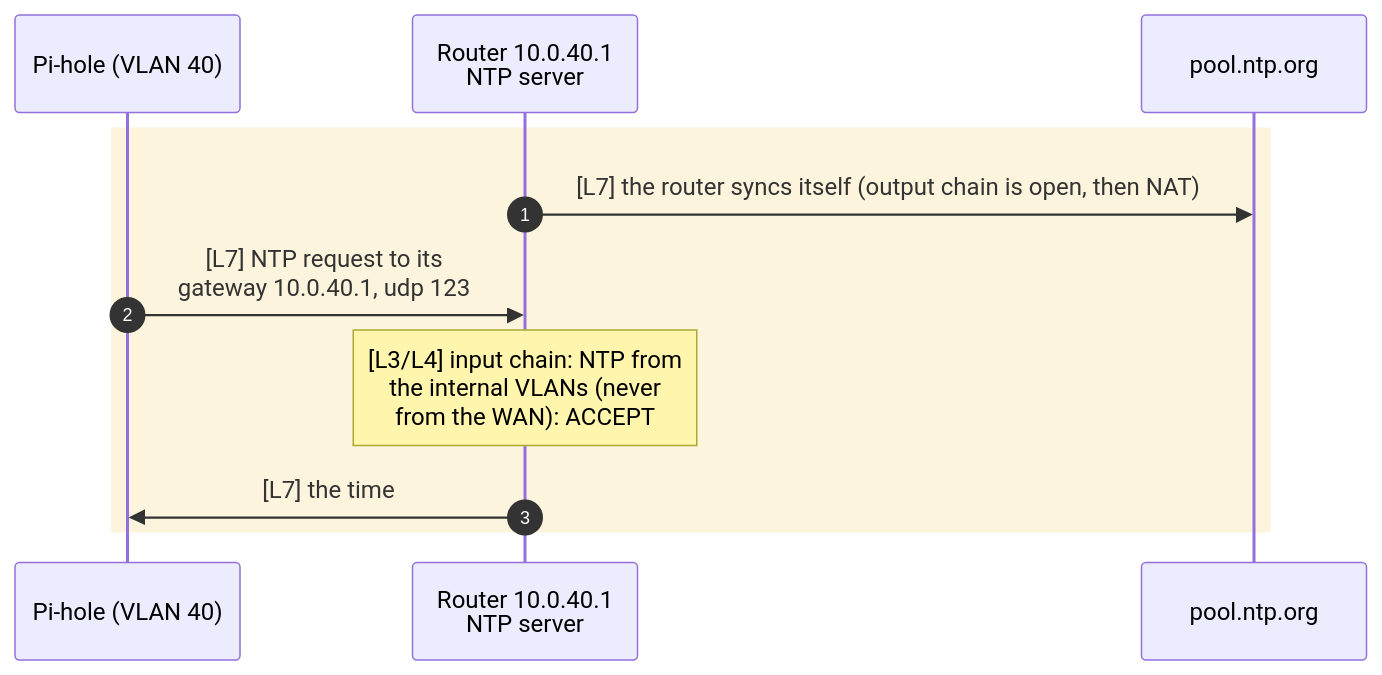
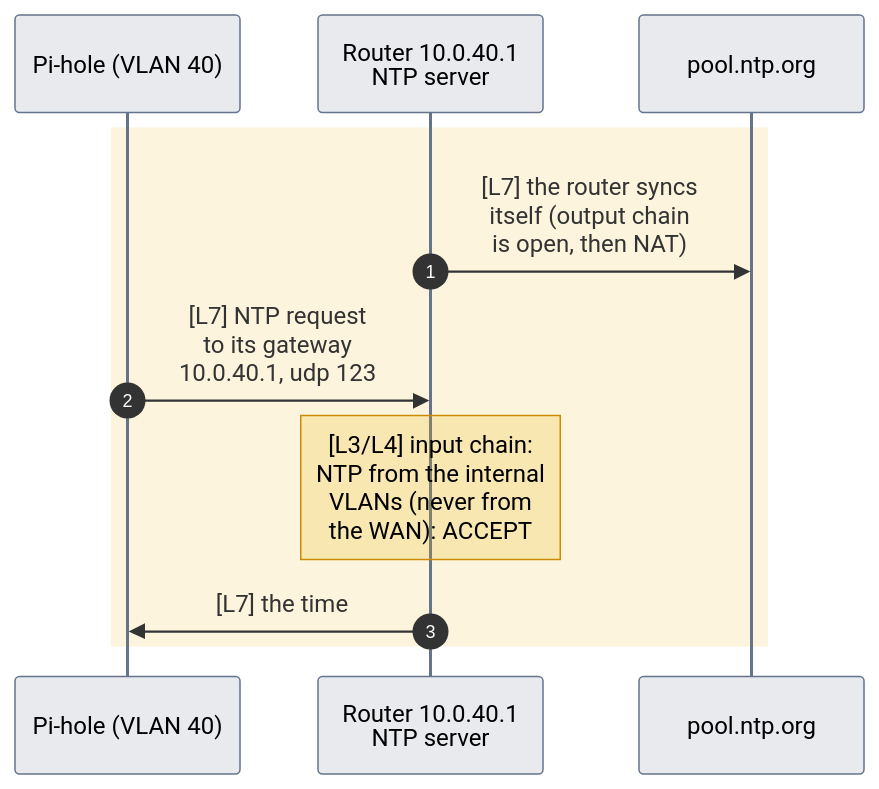
One commit to mithun3/tech-blog changed the sixth of 6 diagrams in content/pages/networking/basics/router-essentials.mdx. Above: the diagram before and after it, drawn with Mermaid. The commit also changed other lines of this file and 8 other files, not shown here.

Commit message:
mermaid updates.

````diff
--- a/content/pages/networking/basics/router-essentials.mdx
+++ b/content/pages/networking/basics/router-essentials.mdx
@@ -249,13 +331,29 @@
 ```mermaid
+---
+config:
+  look: classic
+  fontFamily: "system-ui, -apple-system, Segoe UI, Roboto, Helvetica, Arial, sans-serif"
+  themeCSS: "rect.actor, rect.note { rx: 6px; ry: 6px; }"
+  themeVariables:
+    actorBkg: "#64748b26"
+    actorBorder: "#64748b"
+    actorLineColor: "#64748b"
+    noteBkgColor: "#eab30833"
+    noteBorderColor: "#ca8a04"
+    labelBoxBkgColor: "#64748b33"
+    labelBoxBorderColor: "#64748b"
+    activationBkgColor: "#64748b40"
+    activationBorderColor: "#64748b"
+---
 sequenceDiagram
     autonumber
     participant Pi as Pi-hole (VLAN 40)
     participant R as Router 10.0.40.1<br/>NTP server
     participant P as pool.ntp.org
     rect rgba(234, 179, 8, 0.14)
-    R->>P: [L7] the router syncs itself (output chain is open, then NAT)
-    Pi->>R: [L7] NTP request to its<br/>gateway 10.0.40.1, udp 123
-    Note over R: [L3/L4] input chain: NTP from<br/>the internal VLANs (never<br/>from the WAN): ACCEPT
+    R->>P: [L7] the router syncs<br/>itself (output chain<br/>is open, then NAT)
+    Pi->>R: [L7] NTP request<br/>to its gateway<br/>10.0.40.1, udp 123
+    Note over R: [L3/L4] input chain:<br/>NTP from the internal<br/>VLANs (never from<br/>the WAN): ACCEPT
     R->>Pi: [L7] the time
     end
 ```
````
